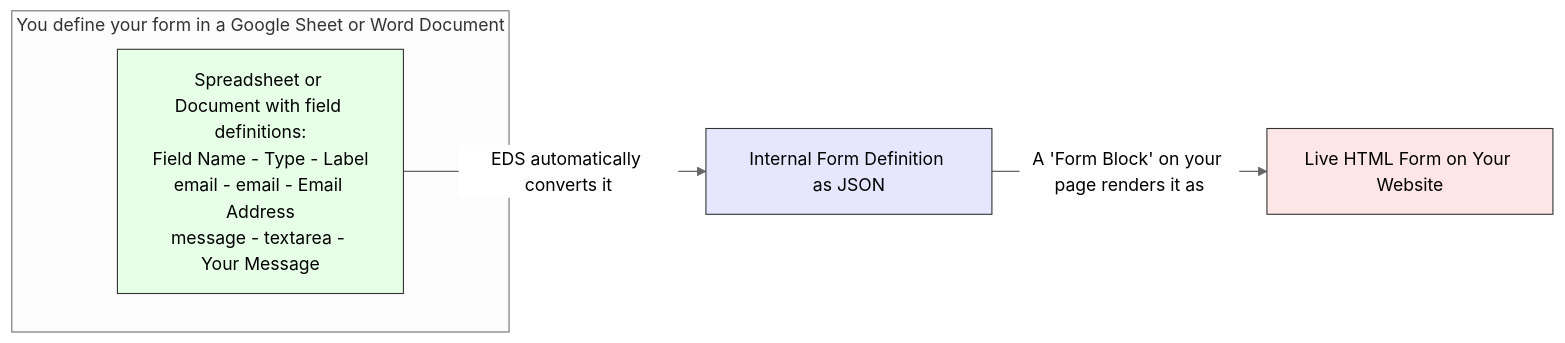
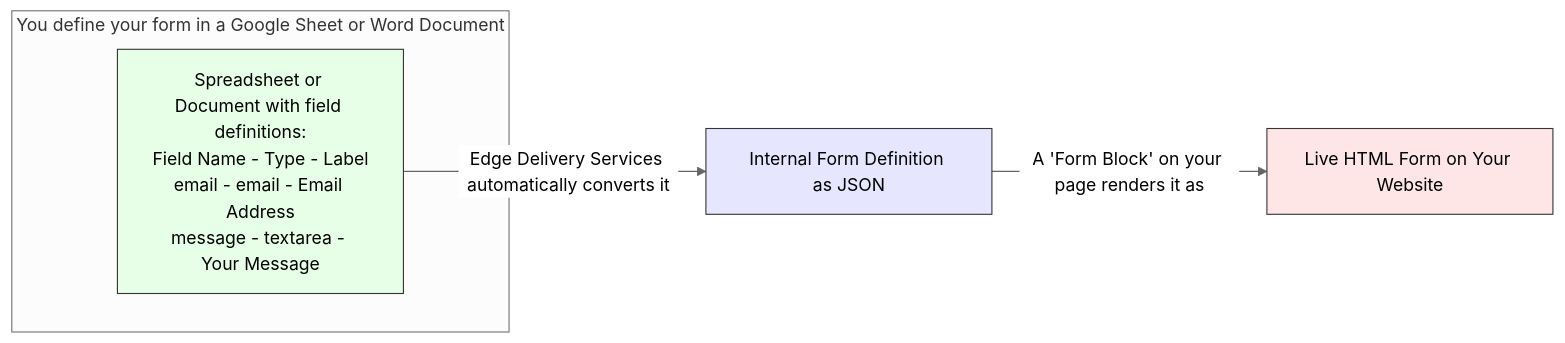
Before and after one commit to AdobeDocs/experience-manager-cloud-service.en: the fourth of 7 diagrams in help/edge/docs/forms/overview.md, drawn with Mermaid (neutral theme). The commit also changed other lines of this file and 3 other files, not shown here.

````diff
--- a/help/edge/docs/forms/overview.md
+++ b/help/edge/docs/forms/overview.md
@@ -150,13 +147,13 @@
 ```mermaid
     graph LR
         subgraph Authoring["You define your form in a Google Sheet or Word Document"]
         Sheet[Spreadsheet or Document with field definitions:\nField Name - Type - Label\nemail - email - Email Address\nmessage - textarea - Your Message]
     end
 
-        Sheet -->|EDS automatically converts it| JSON[Internal Form Definition as JSON]
+        Sheet -->|Edge Delivery Services automatically converts it| JSON[Internal Form Definition as JSON]
     JSON -->|A 'Form Block' on your page renders it as| HTMLForm[Live HTML Form on Your Website]
 
         style Sheet fill:#e6ffe6,stroke:#333
         style JSON fill:#e6e6ff,stroke:#333
         style HTMLForm fill:#ffe6e6,stroke:#333
 ```
````
